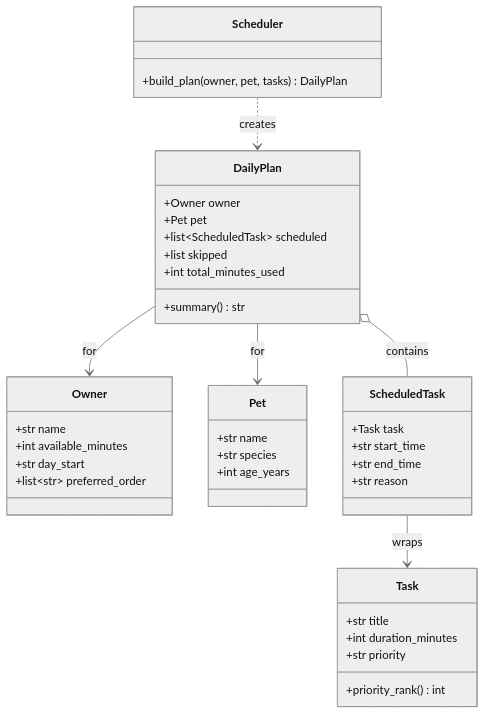
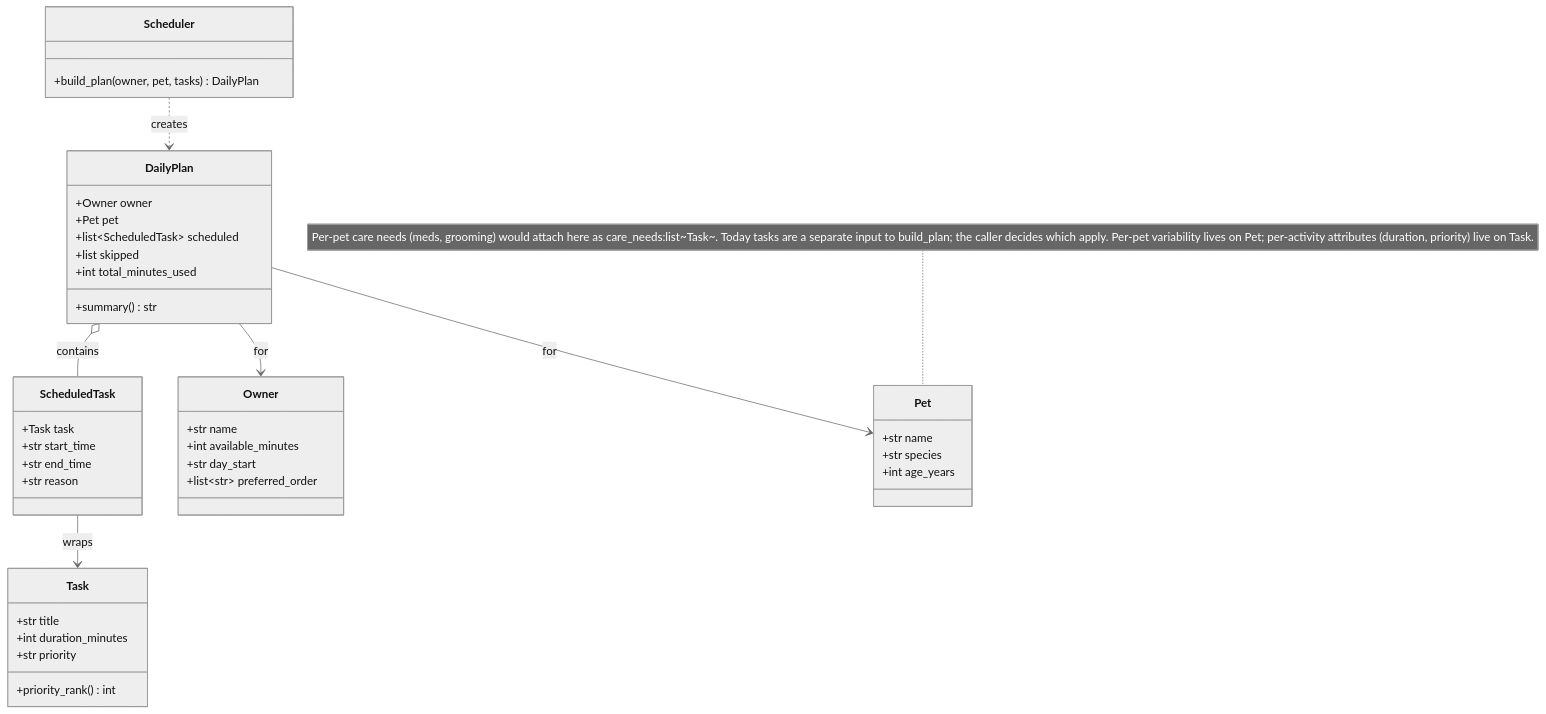
Before and after one commit to ChristianReynolds/ai110-module2show-pawpal-starter: the diagram in diagrams/uml.mmd, drawn with Mermaid (neutral theme). The commit also changed 3 other files, not shown here.

```diff
--- a/diagrams/uml.mmd
+++ b/diagrams/uml.mmd
@@ -1,49 +1,50 @@
 classDiagram
     %% PawPal+ core class design.
     %% Owner<->Pet relationship is held by DailyPlan (no Pet.owner back-pointer).
 
     class Owner {
         +str name
         +int available_minutes
         +str day_start
         +list~str~ preferred_order
     }
 
     class Pet {
         +str name
-        +str species 
+        +str species
         +int age_years
     }
+    note for Pet "Per-pet care needs (meds, grooming) would attach here as care_needs:list~Task~. Today tasks are a separate input to build_plan; the caller decides which apply. Per-pet variability lives on Pet; per-activity attributes (duration, priority) live on Task."
 
     class Task {
         +str title
         +int duration_minutes
         +str priority
         +priority_rank() int
     }
 
     class ScheduledTask {
         +Task task
         +str start_time
         +str end_time
         +str reason
     }
 
     class Scheduler {
         +build_plan(owner, pet, tasks) DailyPlan
     }
 
     class DailyPlan {
         +Owner owner
         +Pet pet
         +list~ScheduledTask~ scheduled
         +list skipped
         +int total_minutes_used
         +summary() str
     }
 
     Scheduler ..> DailyPlan : creates
     DailyPlan o-- ScheduledTask : contains
     ScheduledTask --> Task : wraps
     DailyPlan --> Owner : for
     DailyPlan --> Pet : for
```
